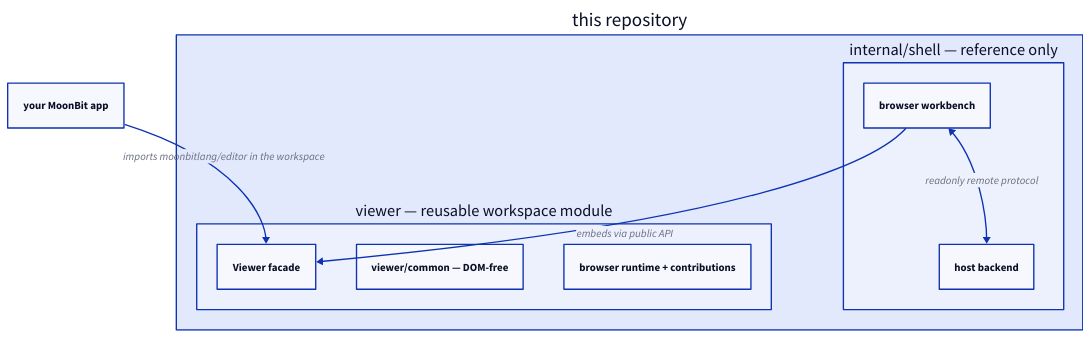
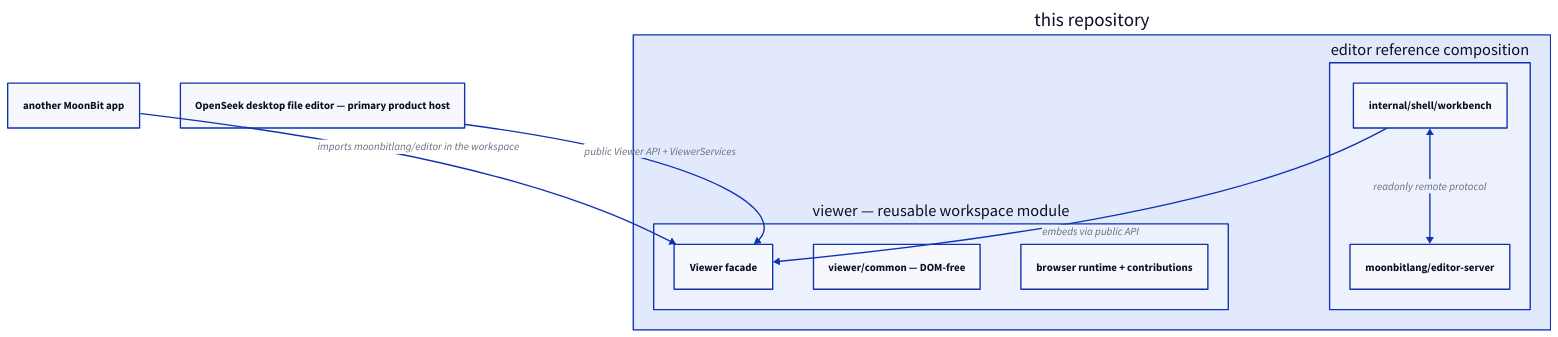
Before and after one commit to 0717lee/openseek: the diagram in editor/README.md, drawn with D2. The commit also changed other lines of this file and 3 other files, not shown here.

Commit message:
docs: define editor UI host workflow

````diff
--- a/editor/README.md
+++ b/editor/README.md
@@ -13,21 +20,23 @@
 ```d2
 direction: down
 
-embedder: your MoonBit app
+embedder: another MoonBit app
+openseek: OpenSeek desktop file editor — primary product host
 
 repo: this repository {
   viewer: viewer — reusable workspace module {
     facade: Viewer facade
     common: viewer/common — DOM-free
     browser: browser runtime + contributions
   }
-  shell: internal/shell — reference only {
-    workbench: browser workbench
-    server: host backend
+  reference: editor reference composition {
+    workbench: internal/shell/workbench
+    server: moonbitlang/editor-server
   }
 }
 
 embedder -> repo.viewer.facade: imports moonbitlang/editor in the workspace
-repo.shell.workbench -> repo.viewer.facade: embeds via public API
-repo.shell.workbench <-> repo.shell.server: readonly remote protocol
+openseek -> repo.viewer.facade: public Viewer API + ViewerServices
+repo.reference.workbench -> repo.viewer.facade: embeds via public API
+repo.reference.workbench <-> repo.reference.server: readonly remote protocol
 ```
````
